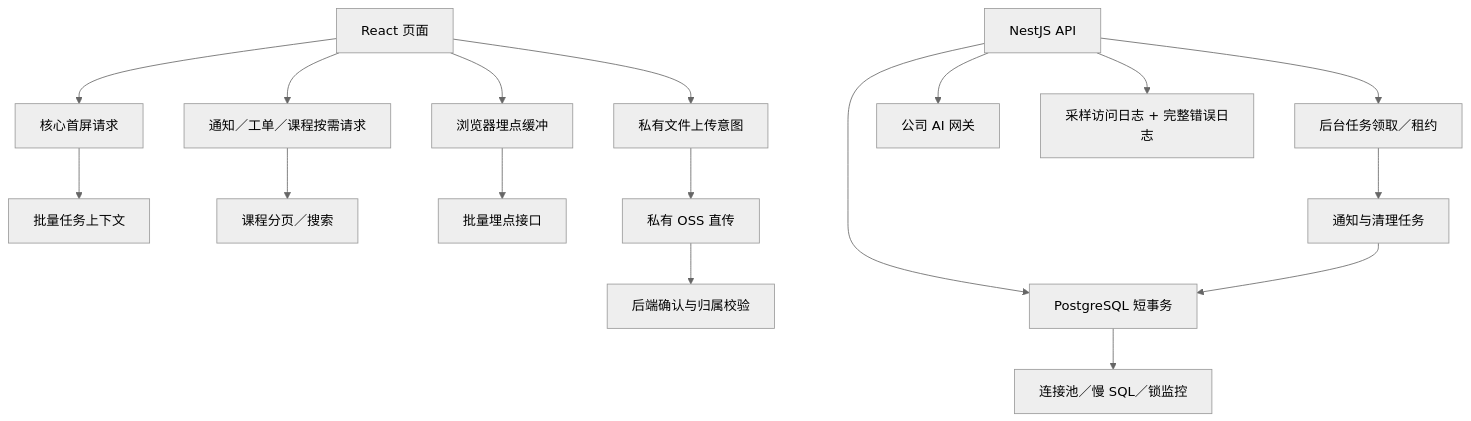
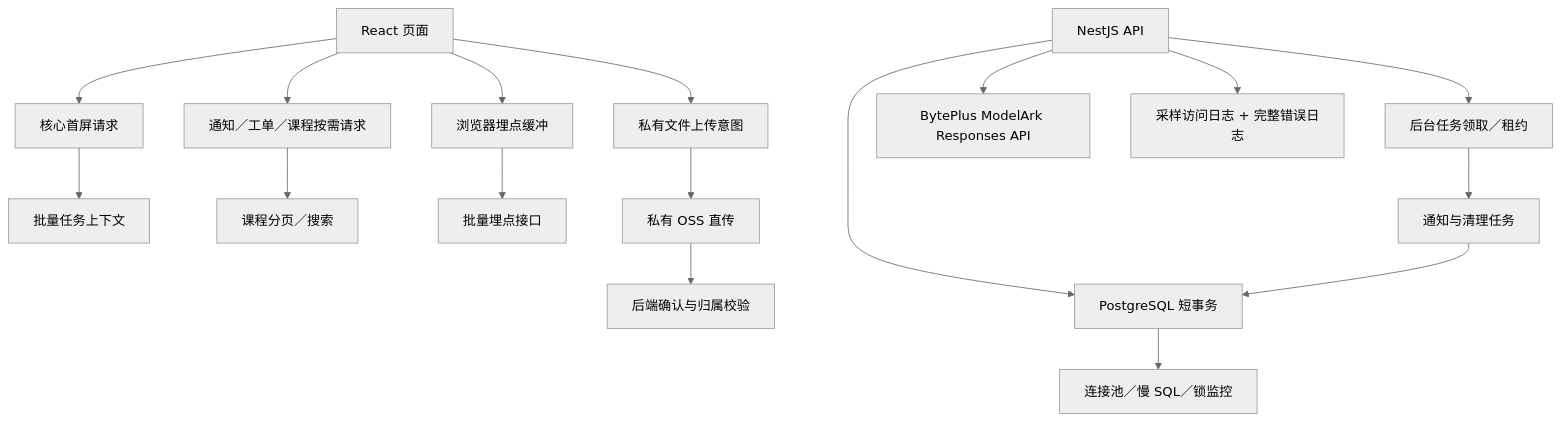
Before and after one commit to Endluca/TiDe: the diagram in teacher/docs/技术方案/05_整体性能优化方案.md, drawn with Mermaid (neutral theme). The commit also changed other lines of this file and 22 other files, not shown here.

Commit message:
feat(teacher): switch AI calls to BytePlus Responses API

````diff
--- a/teacher/docs/技术方案/05_整体性能优化方案.md
+++ b/teacher/docs/技术方案/05_整体性能优化方案.md
@@ -96,23 +96,23 @@
 ```mermaid
 flowchart TB
     UI["React 页面"] --> Core["核心首屏请求"]
     UI --> Deferred["通知／工单／课程按需请求"]
     Core --> BatchTask["批量任务上下文"]
     Deferred --> PagedCourse["课程分页／搜索"]
 
     UI --> EventBuffer["浏览器埋点缓冲"]
     EventBuffer --> EventBatch["批量埋点接口"]
 
     UI --> UploadIntent["私有文件上传意图"]
     UploadIntent --> OSS["私有 OSS 直传"]
     OSS --> Complete["后端确认与归属校验"]
 
     API["NestJS API"] --> DB["PostgreSQL 短事务"]
     API --> JobLease["后台任务领取／租约"]
     JobLease --> Worker["通知与清理任务"]
     Worker --> DB
-    API --> AI["公司 AI 网关"]
+    API --> AI["BytePlus ModelArk Responses API"]
 
     DB --> Metrics["连接池／慢 SQL／锁监控"]
     API --> Logs["采样访问日志 + 完整错误日志"]
 ```
````
